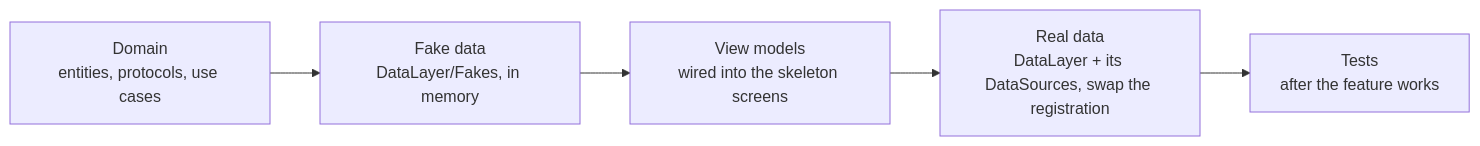
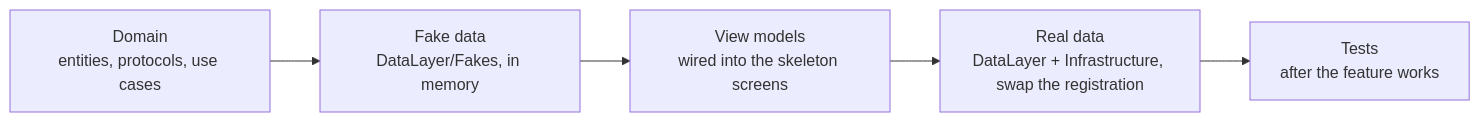
Before and after one commit to DAMHONGDUC/site-log-ios: the first of 2 diagrams in ROADMAP.md, drawn with Mermaid. The commit also changed other lines of this file and 15 other files, not shown here.

First line of the commit message:
docs: architecture - Infrastructure as a library package (D10)

````diff
--- a/ROADMAP.md
+++ b/ROADMAP.md
@@ -41,7 +41,7 @@
 ```mermaid
 flowchart LR
     D["Domain<br/>entities, protocols, use cases"] --> F["Fake data<br/>DataLayer/Fakes, in memory"]
     F --> V["View models<br/>wired into the skeleton screens"]
-    V --> R["Real data<br/>DataLayer + its DataSources, swap the registration"]
+    V --> R["Real data<br/>DataLayer + Infrastructure, swap the registration"]
     R --> T["Tests<br/>after the feature works"]
 ```
````
